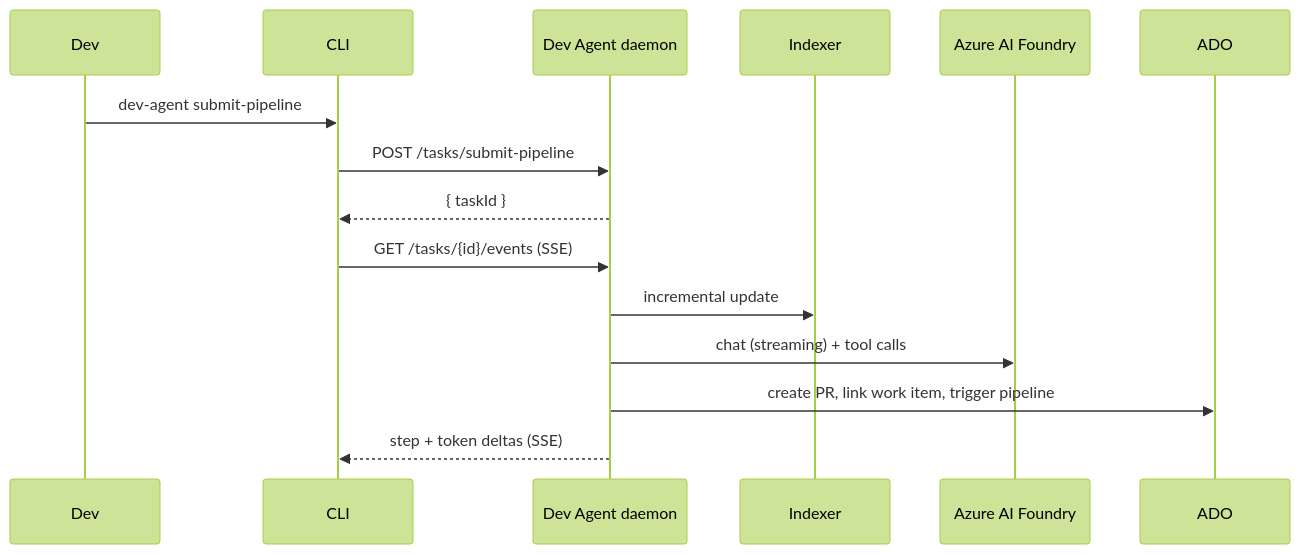
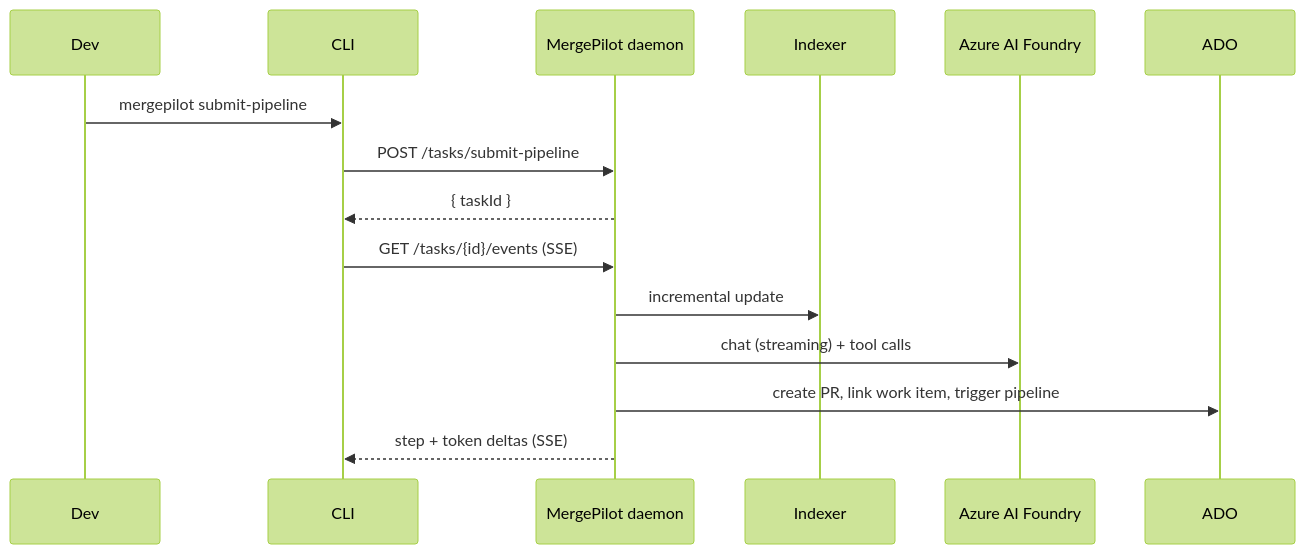
Before and after one commit to ZP151/CICD-agents: the second of 3 diagrams in docs/architecture.md, drawn with Mermaid (forest theme). The commit also changed other lines of this file and 620 other files, not shown here.

Commit message:
feat: release MergePilot v0.5.8

````diff
--- a/docs/architecture.md
+++ b/docs/architecture.md
@@ -44,17 +44,17 @@
 ```mermaid
 sequenceDiagram
     participant Dev
     participant CLI
-    participant Daemon as Dev Agent daemon
+    participant Daemon as MergePilot daemon
     participant Idx as Indexer
     participant LLM as Azure AI Foundry
     participant ADO
-    Dev->>CLI: dev-agent submit-pipeline
+    Dev->>CLI: mergepilot submit-pipeline
     CLI->>Daemon: POST /tasks/submit-pipeline
     Daemon-->>CLI: { taskId }
     CLI->>Daemon: GET /tasks/{id}/events (SSE)
     Daemon->>Idx: incremental update
     Daemon->>LLM: chat (streaming) + tool calls
     Daemon->>ADO: create PR, link work item, trigger pipeline
     Daemon-->>CLI: step + token deltas (SSE)
 ```
````
